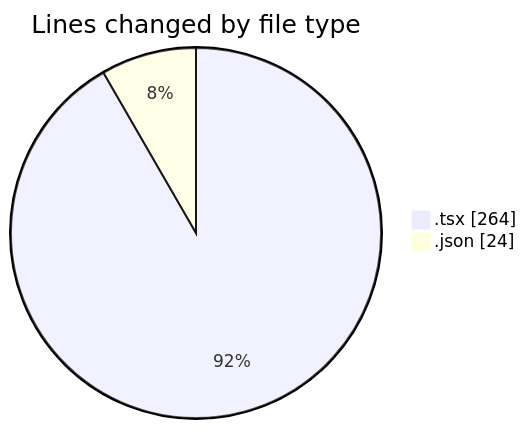
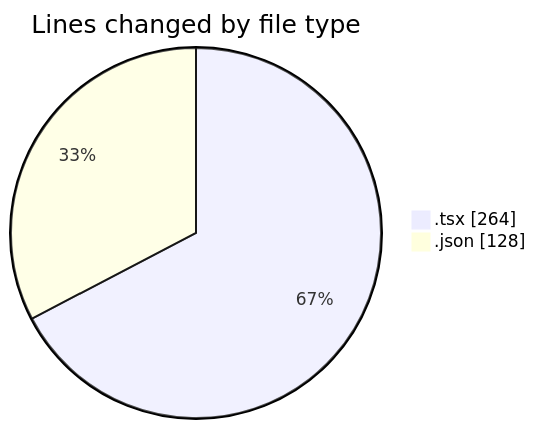
The first of 2 diagrams in 2026-11-13/broadcaster-v6-feature/README.md (momahboobian/code-tracking), drawn with Mermaid before and after one commit. The commit also changed other lines of this file and 1 other file, not shown here.

````diff
--- a/2026-11-13/broadcaster-v6-feature/README.md
+++ b/2026-11-13/broadcaster-v6-feature/README.md
@@ -22,6 +23,6 @@
 ```mermaid
 pie showData
 title Lines changed by file type
 ".tsx" : 264
-".json" : 24
+".json" : 128
 ```
````
